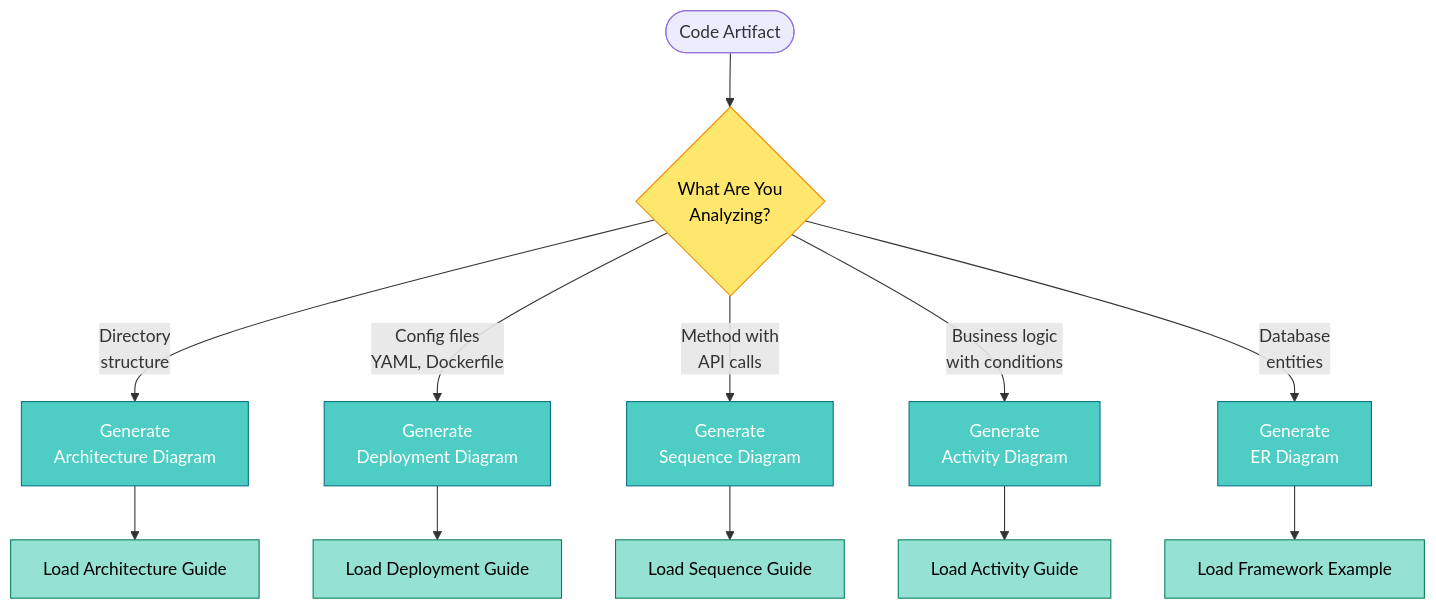
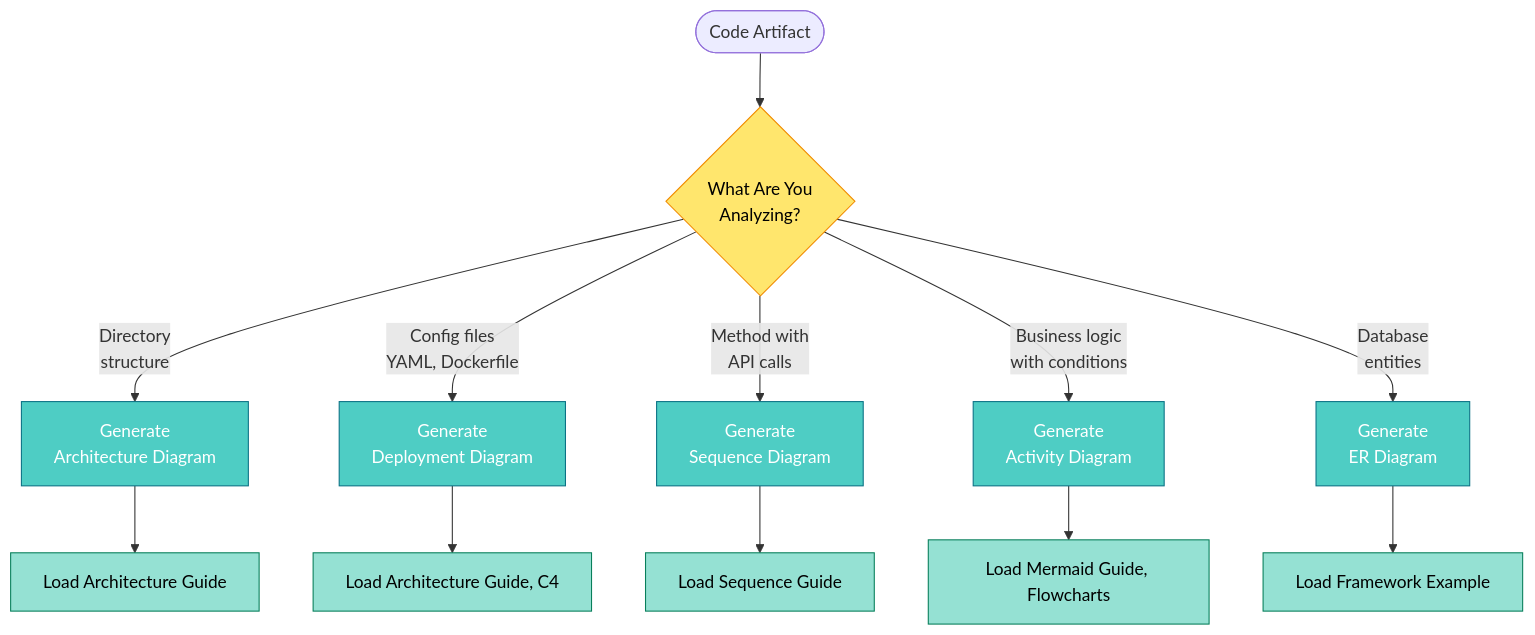
Before and after one commit to NSpencer4/common-scripts: the eighth of 15 diagrams in skills/design-doc-mermaid/references/guides/code-to-diagram/README.md, drawn with Mermaid. The commit also changed other lines of this file and 11 other files, not shown here.

````diff
--- a/skills/design-doc-mermaid/references/guides/code-to-diagram/README.md
+++ b/skills/design-doc-mermaid/references/guides/code-to-diagram/README.md
@@ -562,24 +556,24 @@
 ```mermaid
 graph TD
     Start([Code Artifact]) --> Type{What Are You<br/>Analyzing?}
 
     Type -->|Directory<br/>structure| Arch[Generate<br/>Architecture Diagram]
     Type -->|Config files<br/>YAML, Dockerfile| Deploy[Generate<br/>Deployment Diagram]
     Type -->|Method with<br/>API calls| Seq[Generate<br/>Sequence Diagram]
     Type -->|Business logic<br/>with conditions| Act[Generate<br/>Activity Diagram]
     Type -->|Database<br/>entities| ER[Generate<br/>ER Diagram]
 
     Arch --> LoadArch[Load Architecture Guide]
-    Deploy --> LoadDeploy[Load Deployment Guide]
+    Deploy --> LoadDeploy[Load Architecture Guide, C4]
     Seq --> LoadSeq[Load Sequence Guide]
-    Act --> LoadAct[Load Activity Guide]
+    Act --> LoadAct[Load Mermaid Guide, Flowcharts]
     ER --> LoadFramework[Load Framework Example]
 
     classDef decision fill:#FFE66D,stroke:#F08C00,color:#000
     classDef diagram fill:#4ECDC4,stroke:#0B7285,color:#fff
     classDef guide fill:#95E1D3,stroke:#087F5B,color:#000
 
     class Type decision
     class Arch,Deploy,Seq,Act,ER diagram
     class LoadArch,LoadDeploy,LoadSeq,LoadAct,LoadFramework guide
 ```
````
